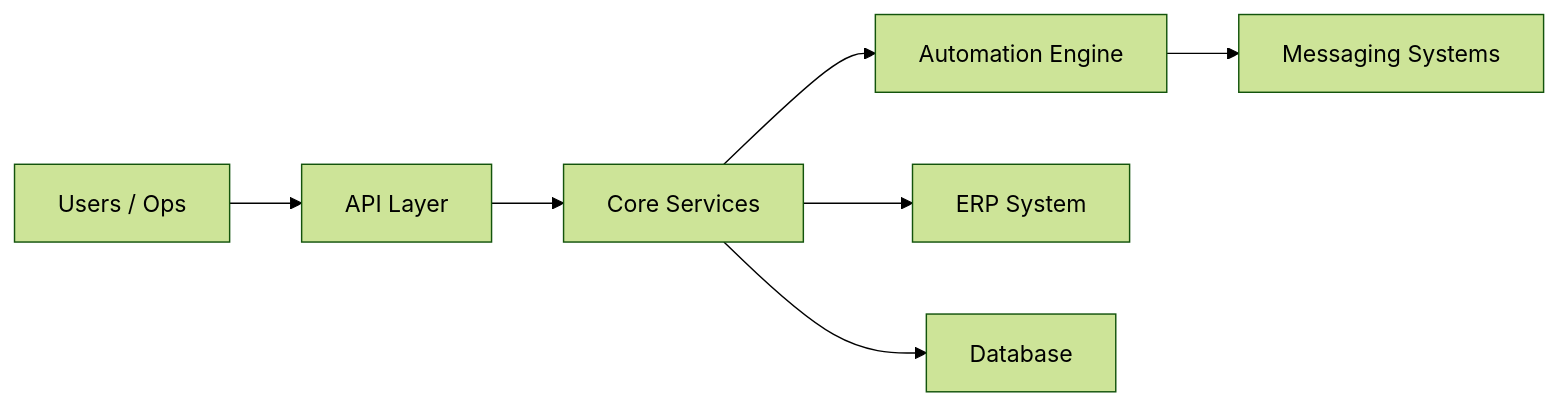
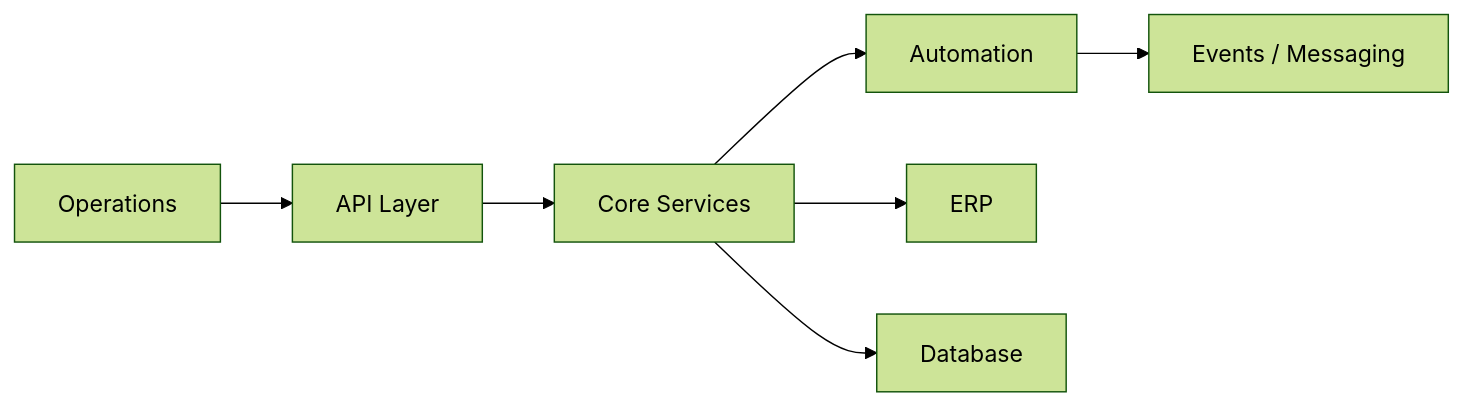
The diagram in README.md (M0hammadNatsheh/M0hammadNatsheh), drawn with Mermaid (forest theme) before and after one commit. The commit also changed other lines of this file, not shown here.

````diff
--- a/README.md
+++ b/README.md
@@ -29,9 +33,9 @@
 ```mermaid
 graph LR
-    A[Users / Ops] --> B[API Layer]
+    A[Operations] --> B[API Layer]
     B --> C[Core Services]
-    C --> D[Automation Engine]
-    C --> E[ERP System]
+    C --> D[Automation]
+    C --> E[ERP]
     C --> F[Database]
-    D --> G[Messaging Systems]
+    D --> G[Events / Messaging]
 ```
````
